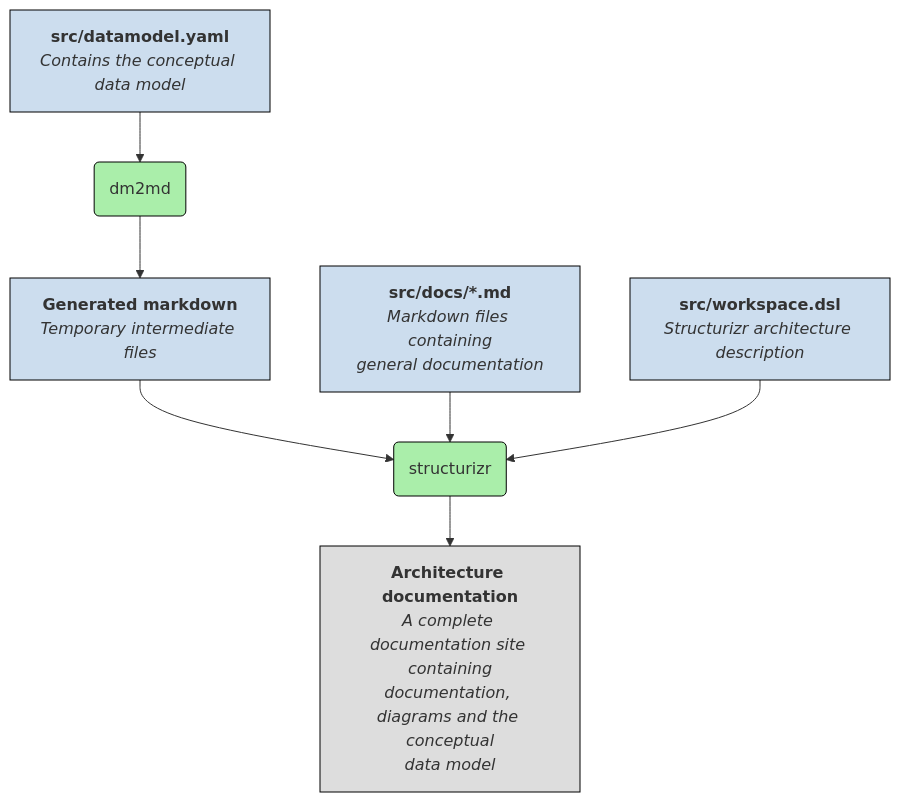
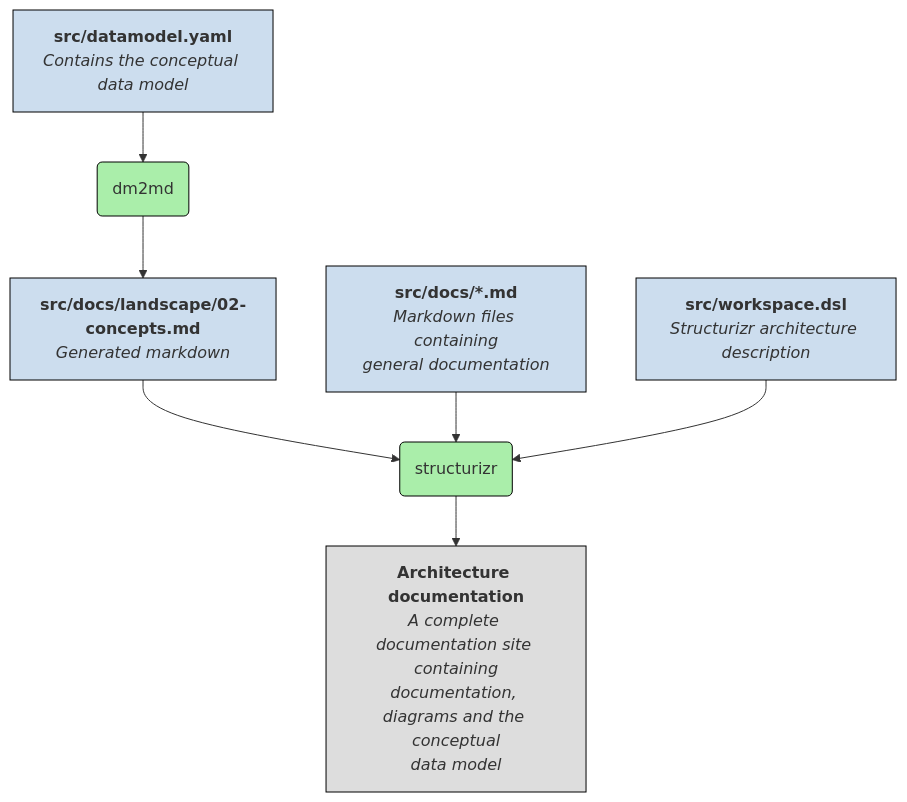
One commit to anorm/architecture-template changed the diagram in README.md. Above: the diagram before and after it, drawn with Mermaid.

Commit message:
README touch-up

````diff
--- a/README.md
+++ b/README.md
@@ -5,25 +5,25 @@
 ```mermaid
 flowchart TD
     style datamodel fill:#cde,stroke:#000
     style generated_markdown fill:#cde,stroke:#000
     style workspace fill:#cde,stroke:#000
     style markdown fill:#cde,stroke:#000
     style dm2md fill:#aea,stroke:#000
     style structurizr fill:#aea,stroke:#000
     style architecture fill:#ddd,stroke:#000
 
     datamodel[<b>src/datamodel.yaml</b>\n<i>Contains the conceptual data model</i>]
     dm2md(dm2md)
-    generated_markdown[<b>Generated markdown</b>\n<i>Temporary intermediate files</i>]
+    generated_markdown[<b>src/docs/landscape/02-concepts.md</b>\n<i>Generated markdown</i>]
     workspace[<b>src/workspace.dsl</b>\n<i>Structurizr architecture description</i>]
     markdown[<b>src/docs/*.md</b>\n<i>Markdown files containing\ngeneral documentation</i>]
     structurizr(structurizr)
     architecture[<b>Architecture documentation</b>\n<i>A complete documentation site containing\ndocumentation, diagrams and the conceptual\ndata model</i>]
 
     datamodel --> dm2md
     dm2md --> generated_markdown
     generated_markdown --> structurizr
     markdown --> structurizr
     workspace --> structurizr
     structurizr --> architecture
 ```
````
